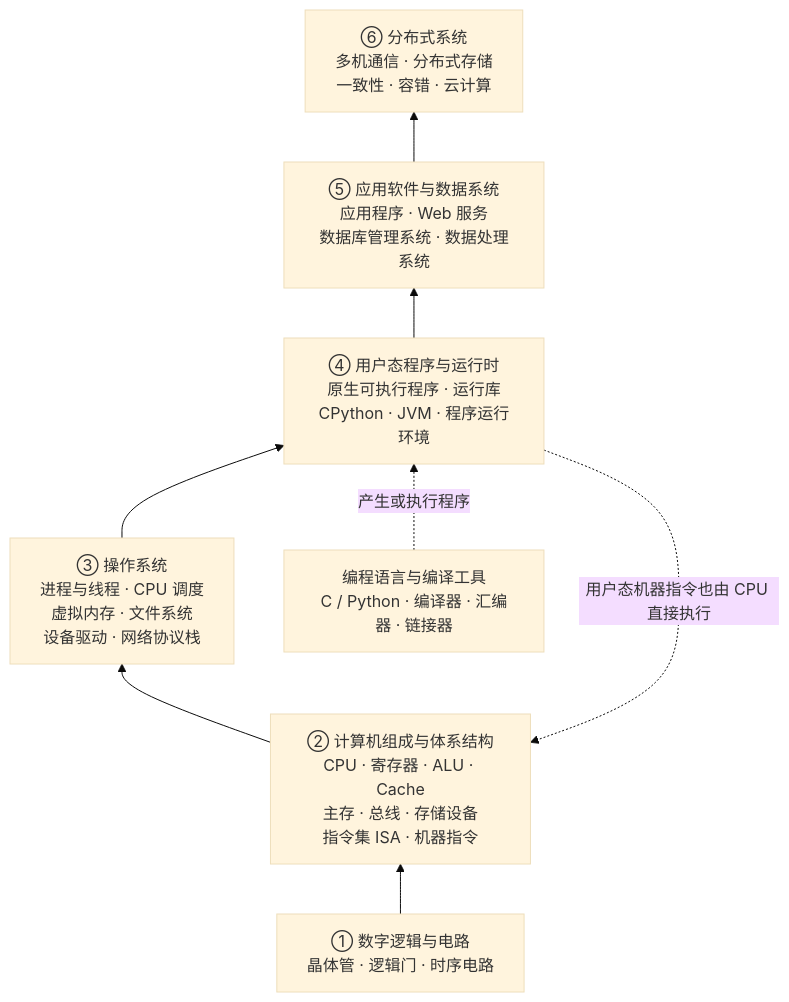
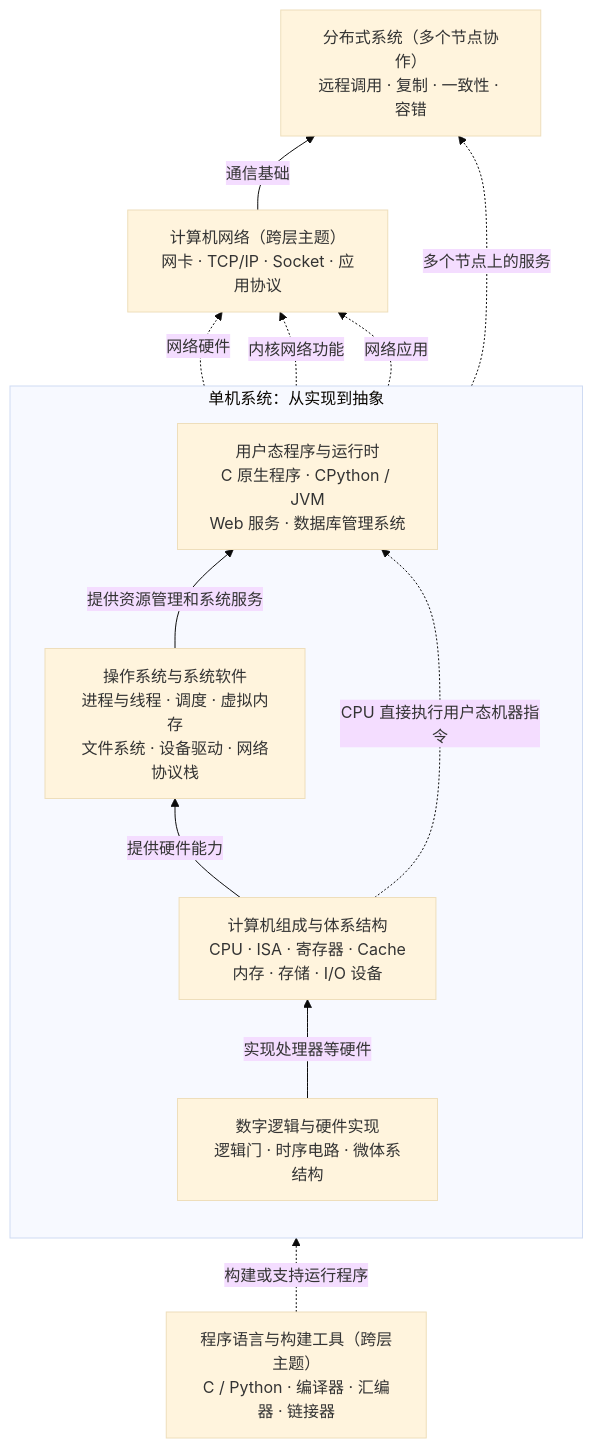
The diagram in README.md (yeyeyuan23/cs-notes), drawn with Mermaid (base theme) before and after one commit. The commit also changed other lines of this file, not shown here.

Commit message:
Correct README computer systems map: single-machine layers and cross-layer topics

````diff
--- a/README.md
+++ b/README.md
@@ -11,19 +11,25 @@
 ```mermaid
 flowchart BT
-    L0["① 数字逻辑与电路<br/>晶体管 · 逻辑门 · 时序电路"]
-    L1["② 计算机组成与体系结构<br/>CPU · 寄存器 · ALU · Cache<br/>主存 · 总线 · 存储设备<br/>指令集 ISA · 机器指令"]
-    L2["③ 操作系统<br/>进程与线程 · CPU 调度<br/>虚拟内存 · 文件系统<br/>设备驱动 · 网络协议栈"]
-    L3["④ 用户态程序与运行时<br/>原生可执行程序 · 运行库<br/>CPython · JVM · 程序运行环境"]
-    L4["⑤ 应用软件与数据系统<br/>应用程序 · Web 服务<br/>数据库管理系统 · 数据处理系统"]
-    L5["⑥ 分布式系统<br/>多机通信 · 分布式存储<br/>一致性 · 容错 · 云计算"]
+    subgraph ONE["单机系统：从实现到抽象"]
+        direction BT
+        LOGIC["数字逻辑与硬件实现<br/>逻辑门 · 时序电路 · 微体系结构"]
+        ARCH["计算机组成与体系结构<br/>CPU · ISA · 寄存器 · Cache<br/>内存 · 存储 · I/O 设备"]
+        OS["操作系统与系统软件<br/>进程与线程 · 调度 · 虚拟内存<br/>文件系统 · 设备驱动 · 网络协议栈"]
+        APP["用户态程序与运行时<br/>C 原生程序 · CPython / JVM<br/>Web 服务 · 数据库管理系统"]
+        LOGIC -->|"实现处理器等硬件"| ARCH
+        ARCH -->|"提供硬件能力"| OS
+        OS -->|"提供资源管理和系统服务"| APP
+        ARCH -.->|"CPU 直接执行用户态机器指令"| APP
+    end
 
-    L0 --> L1
-    L1 --> L2
-    L2 --> L3
-    L3 --> L4
-    L4 --> L5
+    BUILD["程序语言与构建工具（跨层主题）<br/>C / Python · 编译器 · 汇编器 · 链接器"]
+    NET["计算机网络（跨层主题）<br/>网卡 · TCP/IP · Socket · 应用协议"]
+    DIST["分布式系统（多个节点协作）<br/>远程调用 · 复制 · 一致性 · 容错"]
 
-    T["编程语言与编译工具<br/>C / Python · 编译器 · 汇编器 · 链接器"]
-    T -.->|"产生或执行程序"| L3
-    L3 -.->|"用户态机器指令也由 CPU 直接执行"| L1
+    BUILD -.->|"构建或支持运行程序"| APP
+    ARCH -.->|"网络硬件"| NET
+    OS -.->|"内核网络功能"| NET
+    APP -.->|"网络应用"| NET
+    NET -->|"通信基础"| DIST
+    APP -.->|"多个节点上的服务"| DIST
 ```
````
